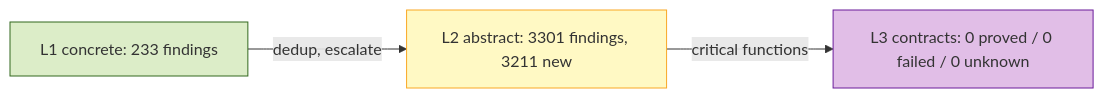
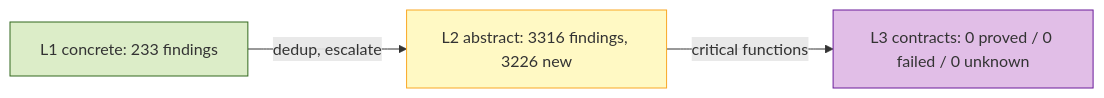
Before and after one commit to riantr/LunaFlow: the first of 6 diagrams in reports/riantr_moonbit_doubleML@latest_0.164.64.md, drawn with Mermaid. The commit also changed other lines of this file and 11 other files, not shown here.

````diff
--- a/reports/riantr_moonbit_doubleML@latest_0.164.64.md
+++ b/reports/riantr_moonbit_doubleML@latest_0.164.64.md
@@ -48,11 +48,11 @@
 ```mermaid
 flowchart LR
   classDef l1 fill:#dcedc8,stroke:#33691e
   classDef l2 fill:#fff9c4,stroke:#f9a825
   classDef l3 fill:#e1bee7,stroke:#6a1b9a
   L1["L1 concrete: 233 findings"]:::l1
-  L2["L2 abstract: 3301 findings, 3211 new"]:::l2
+  L2["L2 abstract: 3316 findings, 3226 new"]:::l2
   L3["L3 contracts: 0 proved / 0 failed / 0 unknown"]:::l3
   L1 -->|"dedup, escalate"| L2
   L2 -->|"critical functions"| L3
 ```
````
